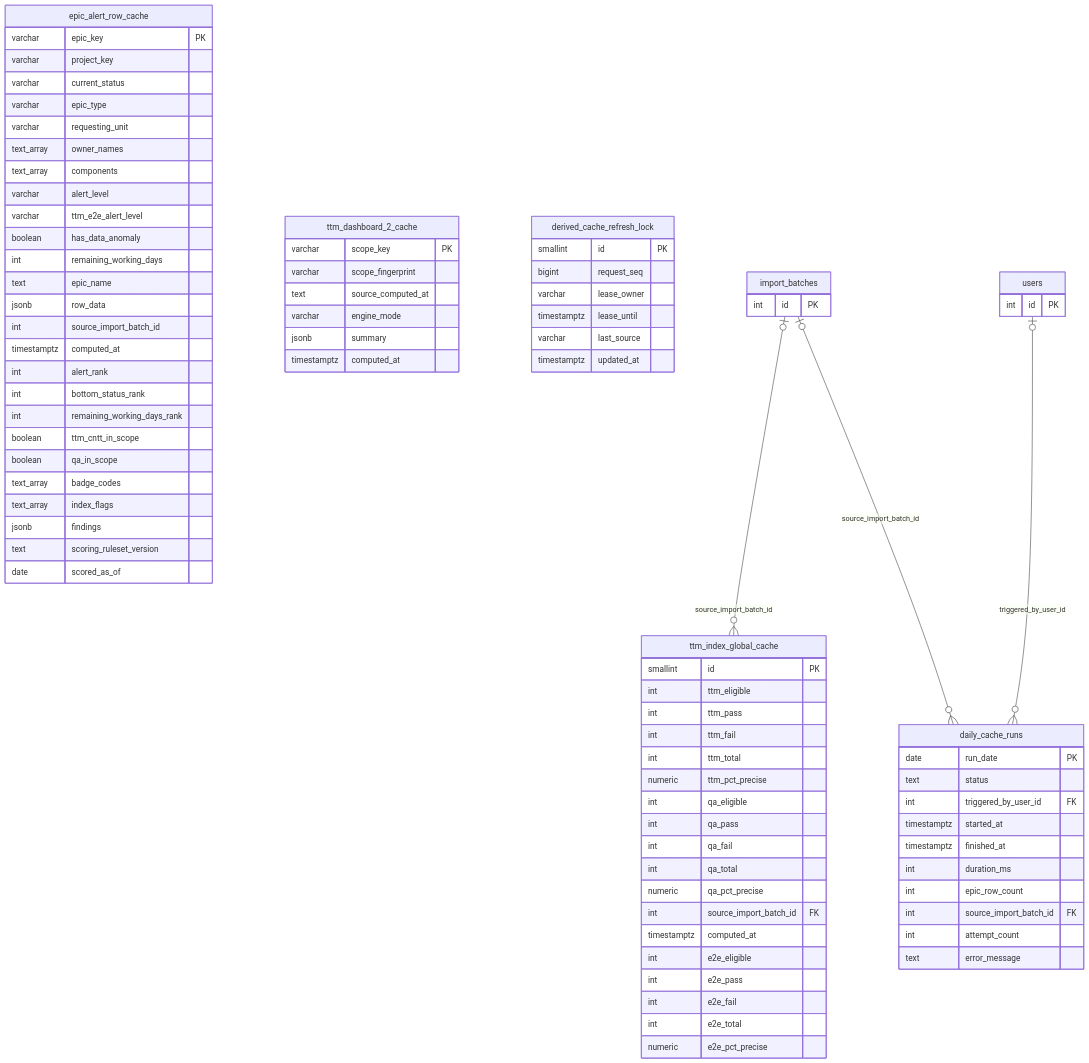
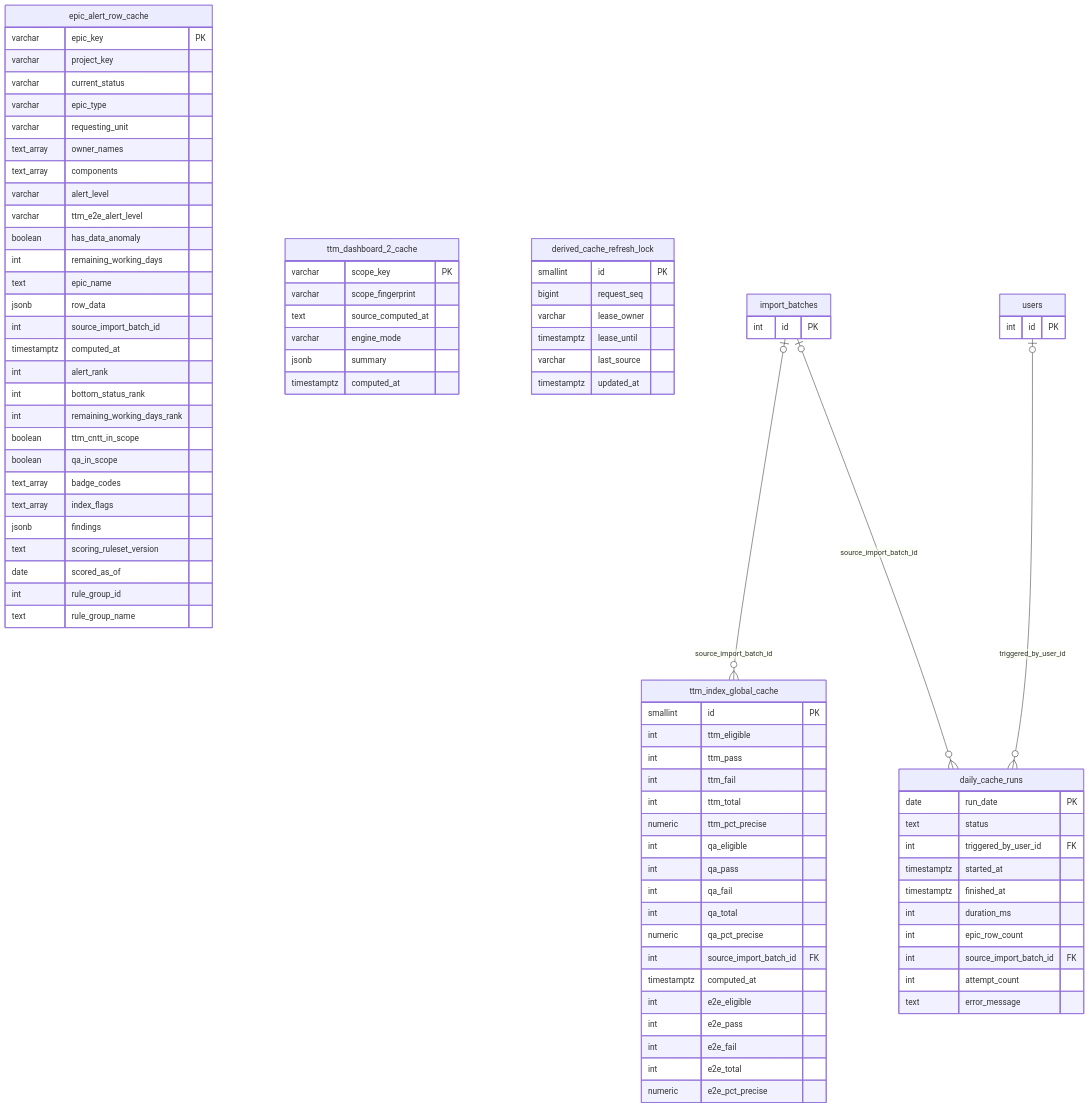
The eighth of 12 diagrams in docs/database-erd.md (dminhbb/ttm-tool), drawn with Mermaid before and after one commit. The commit also changed other lines of this file and 77 other files, not shown here.

First line of the commit message:
Rule object & Nhóm rule (Rule Group) cho Scoring Service, màn hình Rule Management

```diff
--- a/docs/database-erd.md
+++ b/docs/database-erd.md
@@ -1045,6 +1137,8 @@
         jsonb findings
         text scoring_ruleset_version
         date scored_as_of
+        int rule_group_id
+        text rule_group_name
     }
     ttm_index_global_cache {
         smallint id PK
```
